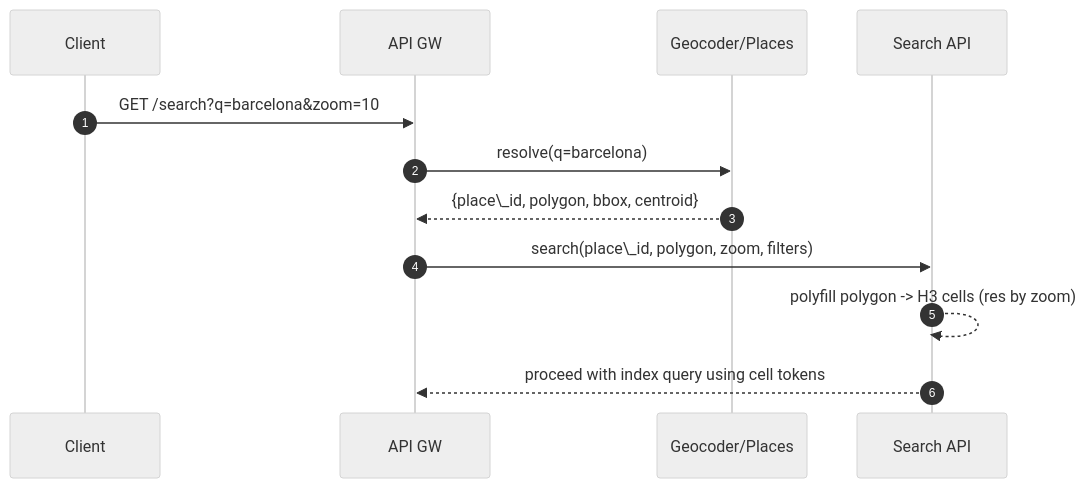
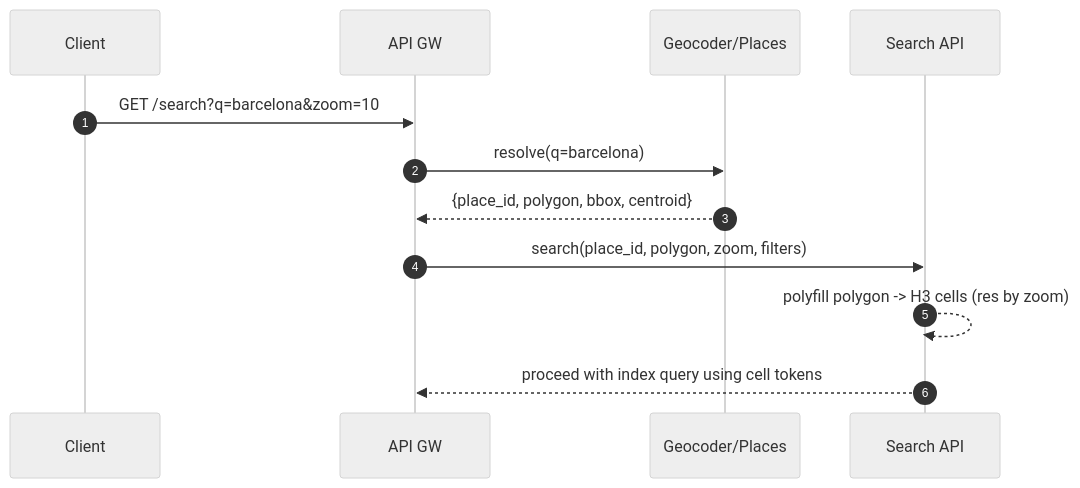
Diagram 11 of 13 in airbnb/DesignAirbnb.md (LatencyTDH/sample-architectural-designs), drawn with Mermaid (neutral theme) before and after one commit. The commit also changed other lines of this file, not shown here.

````diff
--- a/airbnb/DesignAirbnb.md
+++ b/airbnb/DesignAirbnb.md
@@ -730,14 +807,14 @@
 ```mermaid
 sequenceDiagram
 autonumber
 participant U as Client
 participant G as API GW
 participant GEO as Geocoder/Places
 participant S as Search API
 U->>G: GET /search?q=barcelona&zoom=10
 G->>GEO: resolve(q=barcelona)
-GEO-->>G: {place\_id, polygon, bbox, centroid}
-G->>S: search(place\_id, polygon, zoom, filters)
+GEO-->>G: {place_id, polygon, bbox, centroid}
+G->>S: search(place_id, polygon, zoom, filters)
 S-->>S: polyfill polygon -> H3 cells (res by zoom)
 S-->>G: proceed with index query using cell tokens
 ```
````
